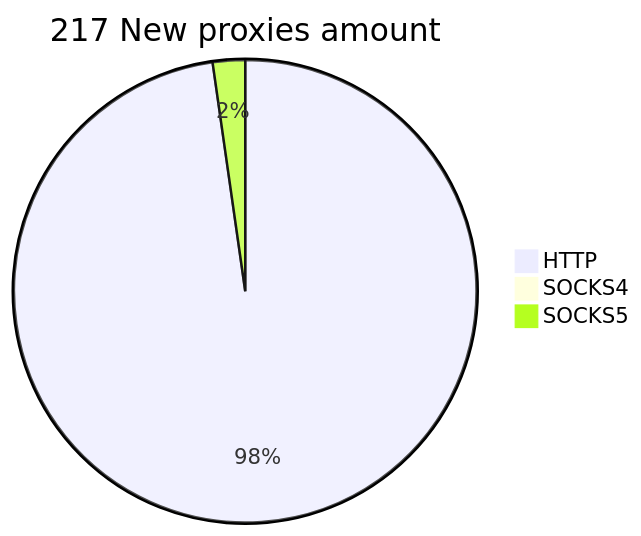
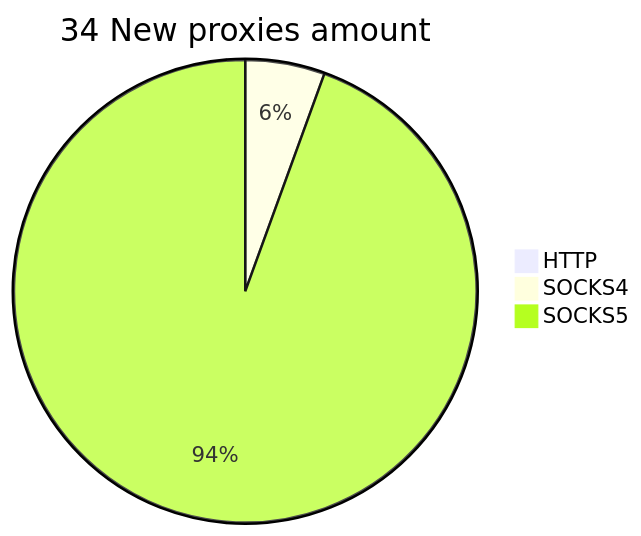
The second of 2 diagrams in README.md (cutipu/proxylist), drawn with Mermaid before and after one commit. The commit also changed other lines of this file, not shown here.

````diff
--- a/README.md
+++ b/README.md
@@ -10,6 +10,6 @@
 ```mermaid
-pie title 217 New proxies amount
-    "HTTP" : 303
-    "SOCKS4" : 0
-    "SOCKS5" : 7
+pie title 34 New proxies amount
+    "HTTP" : 0
+    "SOCKS4" : 2
+    "SOCKS5" : 34
 ```
````
